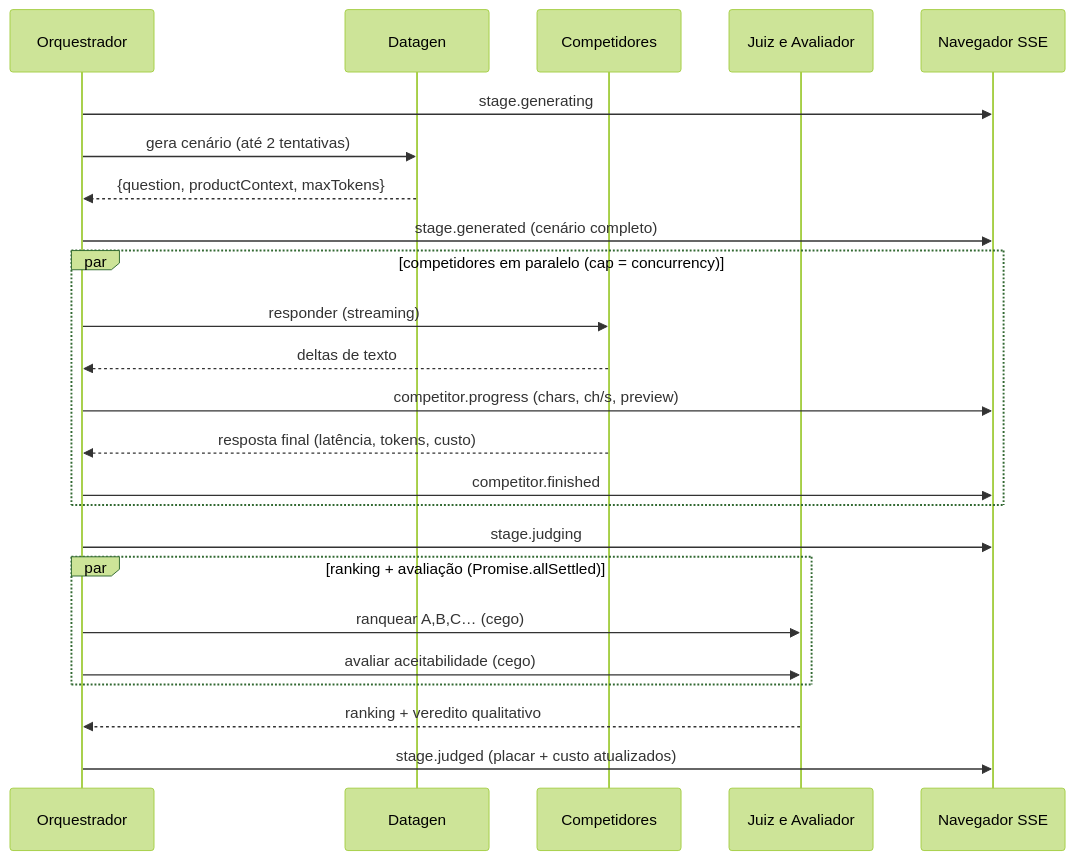
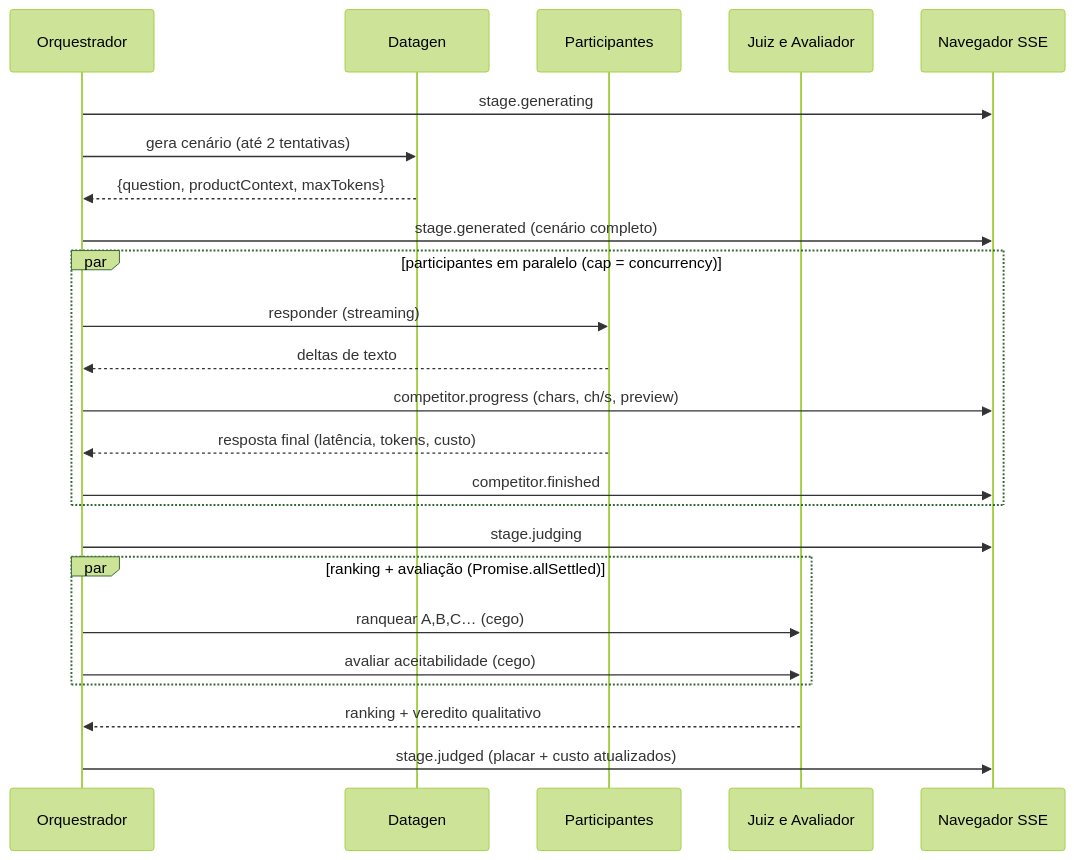
The second of 2 diagrams in README.md (frederico-kluser/ai-benchmark), drawn with Mermaid (forest theme) before and after one commit. The commit also changed other lines of this file and 21 other files, not shown here.

````diff
--- a/README.md
+++ b/README.md
@@ -97,27 +154,27 @@
 ```mermaid
 sequenceDiagram
   participant O as Orquestrador
   participant D as Datagen
-  participant K as Competidores
+  participant K as Participantes
   participant J as Juiz e Avaliador
   participant UI as Navegador SSE
 
   O->>UI: stage.generating
   O->>D: gera cenário (até 2 tentativas)
   D-->>O: {question, productContext, maxTokens}
   O->>UI: stage.generated (cenário completo)
-  par competidores em paralelo (cap = concurrency)
+  par participantes em paralelo (cap = concurrency)
     O->>K: responder (streaming)
     K-->>O: deltas de texto
     O->>UI: competitor.progress (chars, ch/s, preview)
     K-->>O: resposta final (latência, tokens, custo)
     O->>UI: competitor.finished
   end
   O->>UI: stage.judging
   par ranking + avaliação (Promise.allSettled)
     O->>J: ranquear A,B,C… (cego)
     O->>J: avaliar aceitabilidade (cego)
   end
   J-->>O: ranking + veredito qualitativo
   O->>UI: stage.judged (placar + custo atualizados)
 ```
````
